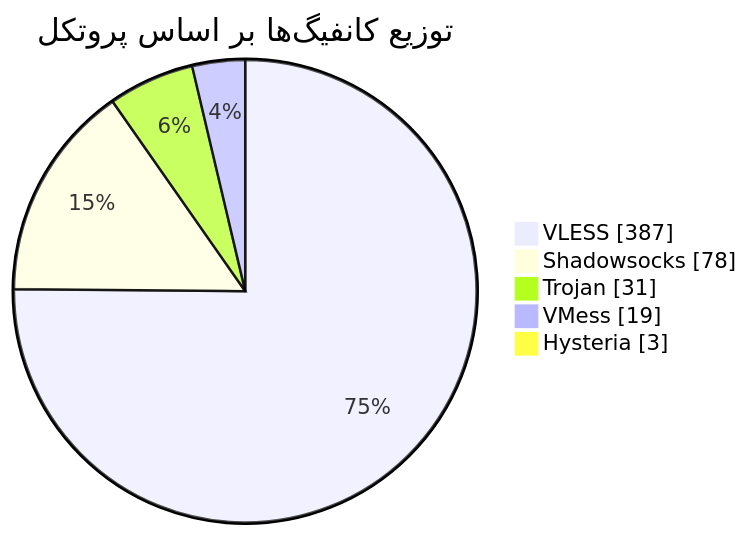
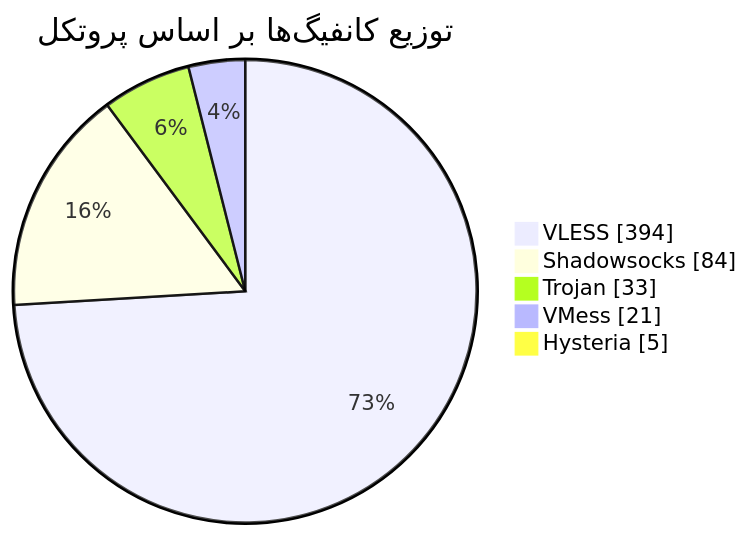
One commit to Arian-Alijani/Somthing changed the diagram in README.md. Above: the diagram before and after it, drawn with Mermaid. The commit also changed other lines of this file and 79 other files, not shown here.

````diff
--- a/README.md
+++ b/README.md
@@ -47,9 +47,9 @@
 ```mermaid
 pie showData
     title توزیع کانفیگ‌ها بر اساس پروتکل
-    "VLESS" : 387
-    "Shadowsocks" : 78
-    "Trojan" : 31
-    "VMess" : 19
-    "Hysteria" : 3
+    "VLESS" : 394
+    "Shadowsocks" : 84
+    "Trojan" : 33
+    "VMess" : 21
+    "Hysteria" : 5
 ```
````
